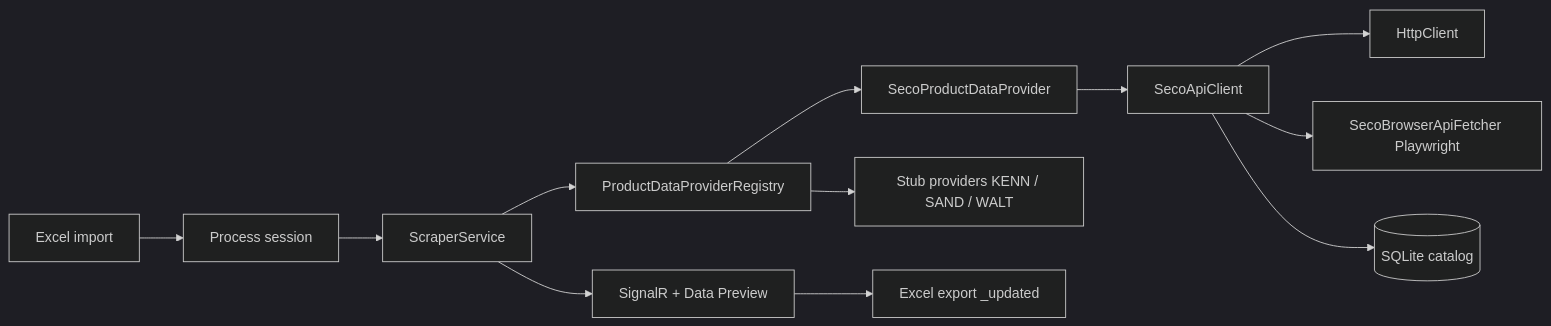
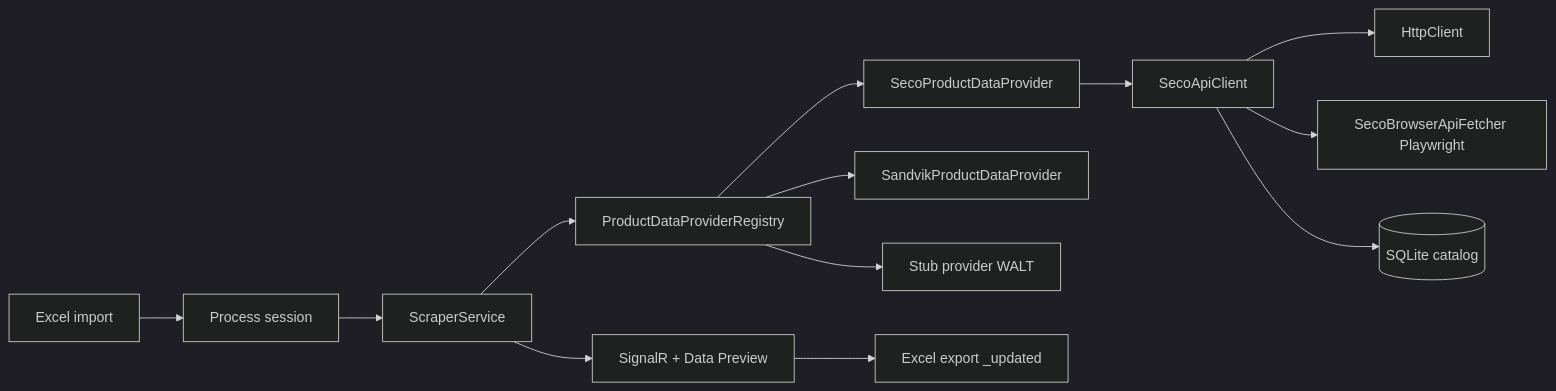
The diagram in README.md (HakimHisham1991/Auto-Tool-Catalog), drawn with Mermaid (dark theme) before and after one commit. The commit also changed other lines of this file and 879 other files, not shown here.

````diff
--- a/README.md
+++ b/README.md
@@ -32,14 +33,15 @@
 ```mermaid
 flowchart LR
   Excel[Excel import] --> Session[Process session]
   Session --> Scraper[ScraperService]
   Scraper --> Registry[ProductDataProviderRegistry]
   Registry --> SECO[SecoProductDataProvider]
-  Registry --> Stub[Stub providers KENN / SAND / WALT]
+  Registry --> Sandvik[SandvikProductDataProvider]
+  Registry --> Stub[Stub provider WALT]
   SECO --> Api[SecoApiClient]
   Api --> Http[HttpClient]
   Api --> Browser[SecoBrowserApiFetcher Playwright]
   Api --> SQLite[(SQLite catalog)]
   Scraper --> UI[SignalR + Data Preview]
   UI --> Export[Excel export _updated]
 ```
````
